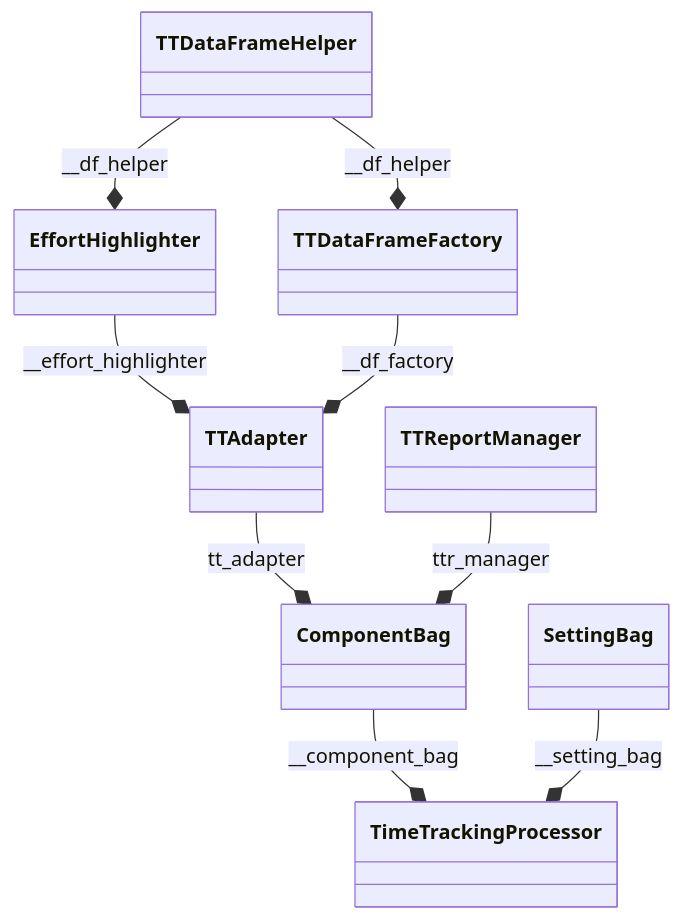
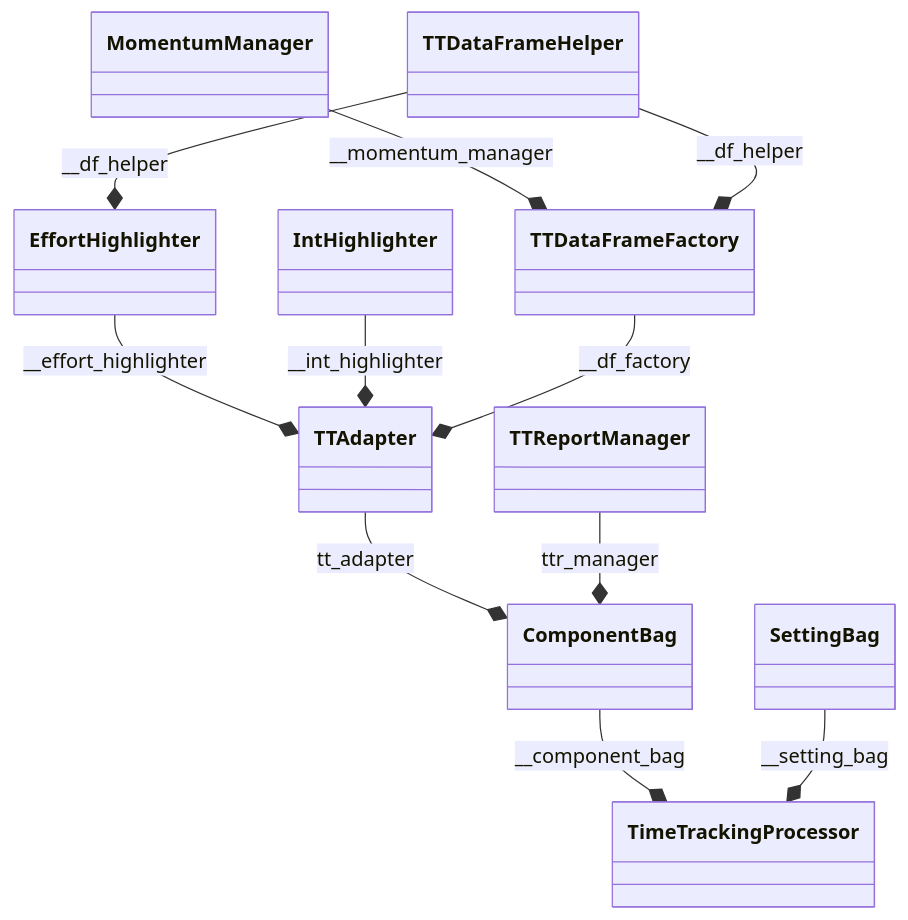
The diagram in docs/Diagrams/Diagram-Architecture.md (numbworks/nwtimetracking), drawn with Mermaid before and after one commit. The commit also changed 1 other file, not shown here.

Commit message:
#62 Diagram-Architecture*: updated.

````diff
--- a/docs/Diagrams/Diagram-Architecture.md
+++ b/docs/Diagrams/Diagram-Architecture.md
@@ -1,11 +1,13 @@
 ```mermaid
 classDiagram
   ComponentBag --* TimeTrackingProcessor : __component_bag
   EffortHighlighter --* TTAdapter : __effort_highlighter
+  IntHighlighter --* TTAdapter : __int_highlighter
+  MomentumManager --* TTDataFrameFactory : __momentum_manager
   SettingBag --* TimeTrackingProcessor : __setting_bag
   TTAdapter --* ComponentBag : tt_adapter
   TTDataFrameFactory --* TTAdapter : __df_factory
   TTDataFrameHelper --* EffortHighlighter : __df_helper
   TTDataFrameHelper --* TTDataFrameFactory : __df_helper
   TTReportManager --* ComponentBag : ttr_manager
 ```
````
